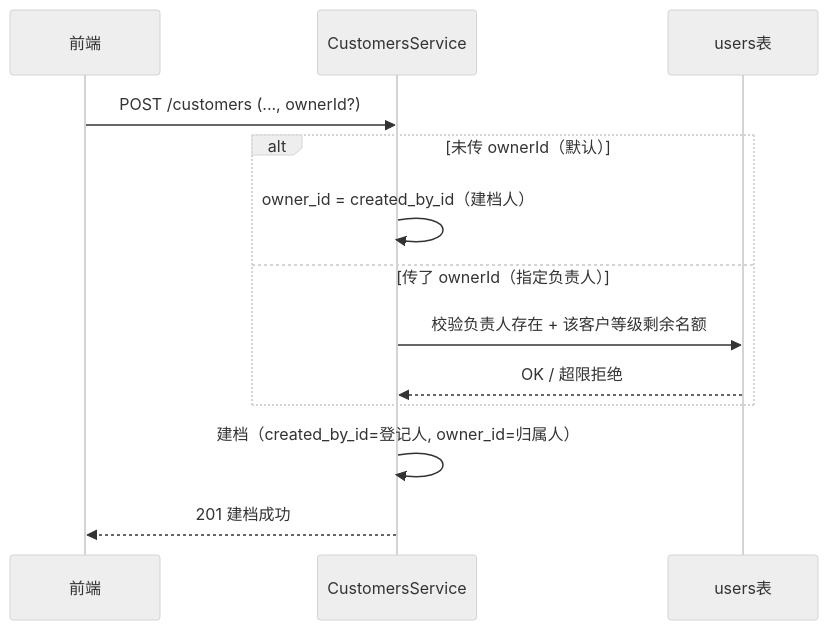
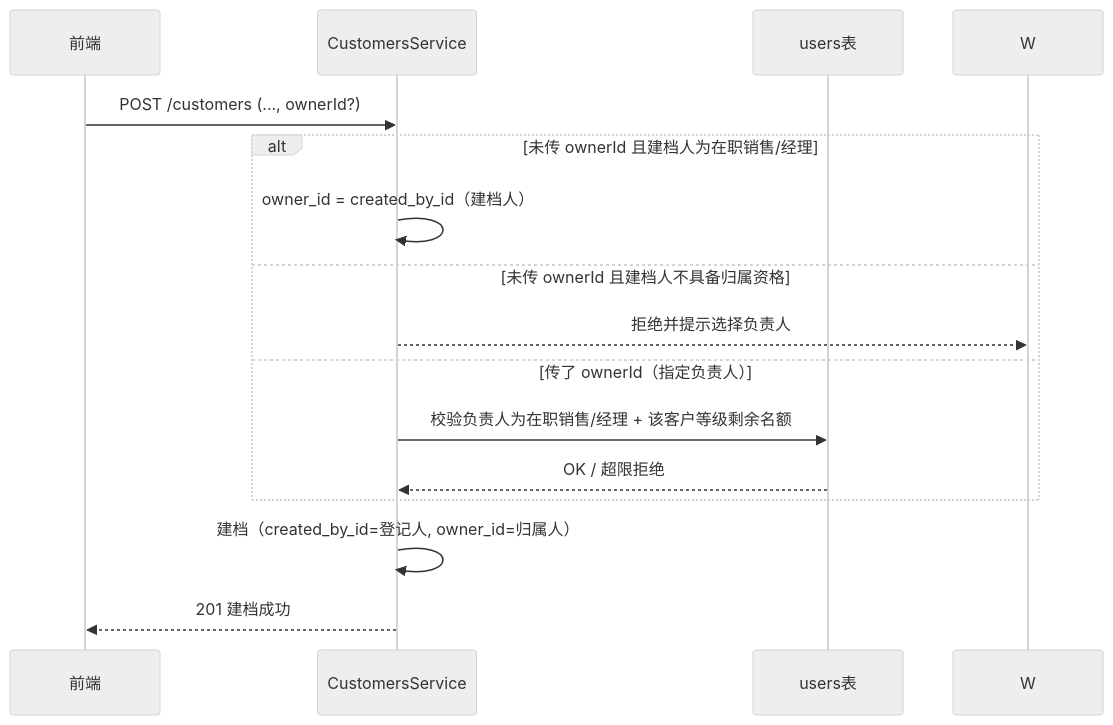
Before and after one commit to lixiname/LITECRM: the ninth of 26 diagrams in docs/重构架构决策与实施蓝图.md, drawn with Mermaid (neutral theme). The commit also changed other lines of this file and 31 other files, not shown here.

````diff
--- a/docs/重构架构决策与实施蓝图.md
+++ b/docs/重构架构决策与实施蓝图.md
@@ -871,15 +872,17 @@
 ```mermaid
 sequenceDiagram
     participant F as 前端
     participant S as CustomersService
     participant U as users表
     F->>S: POST /customers (..., ownerId?)
-    alt 未传 ownerId（默认）
+    alt 未传 ownerId 且建档人为在职销售/经理
         S->>S: owner_id = created_by_id（建档人）
+    else 未传 ownerId 且建档人不具备归属资格
+        S-->>W: 拒绝并提示选择负责人
     else 传了 ownerId（指定负责人）
-        S->>U: 校验负责人存在 + 该客户等级剩余名额
+        S->>U: 校验负责人为在职销售/经理 + 该客户等级剩余名额
         U-->>S: OK / 超限拒绝
     end
     S->>S: 建档（created_by_id=登记人, owner_id=归属人）
     S-->>F: 201 建档成功
 ```
````
